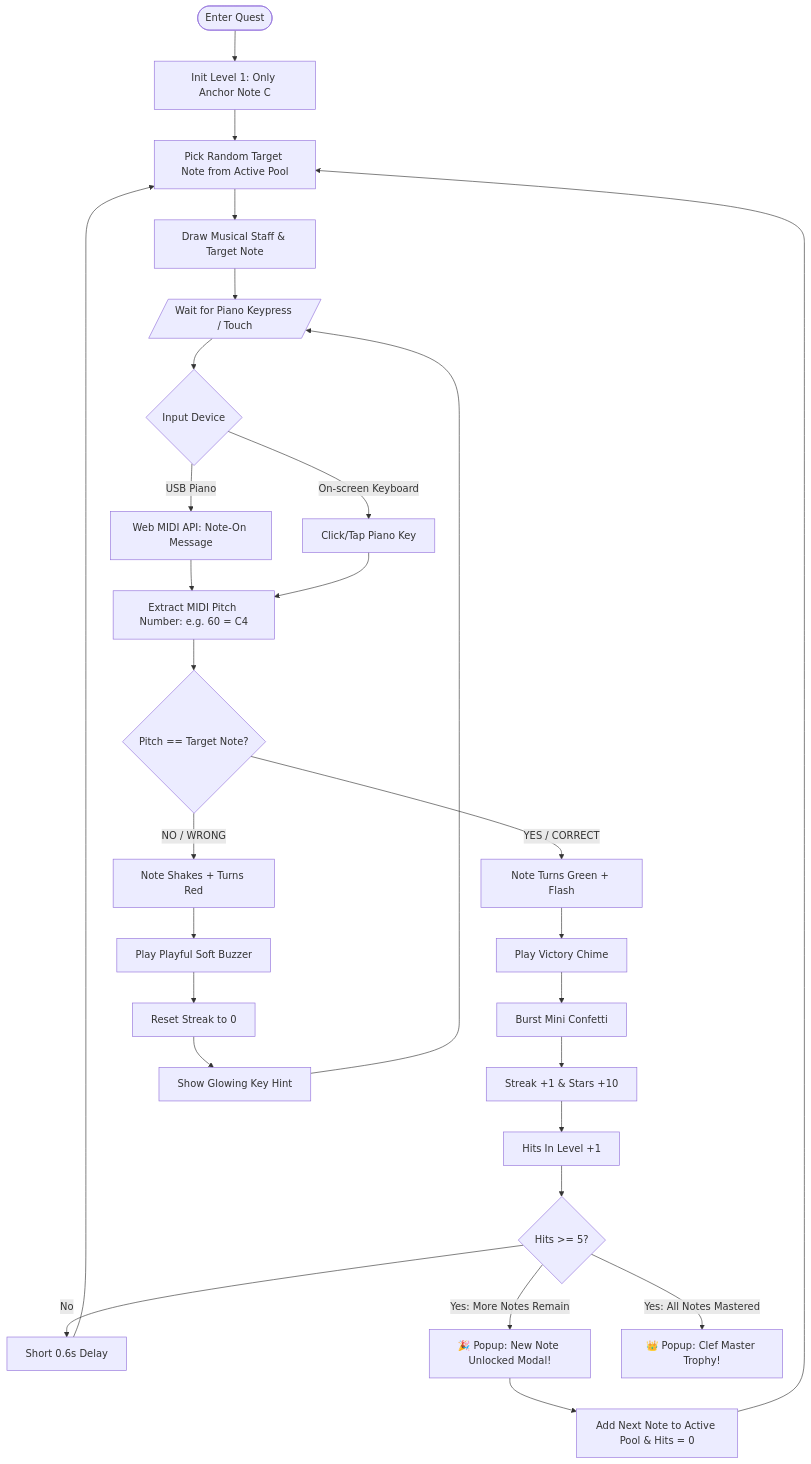
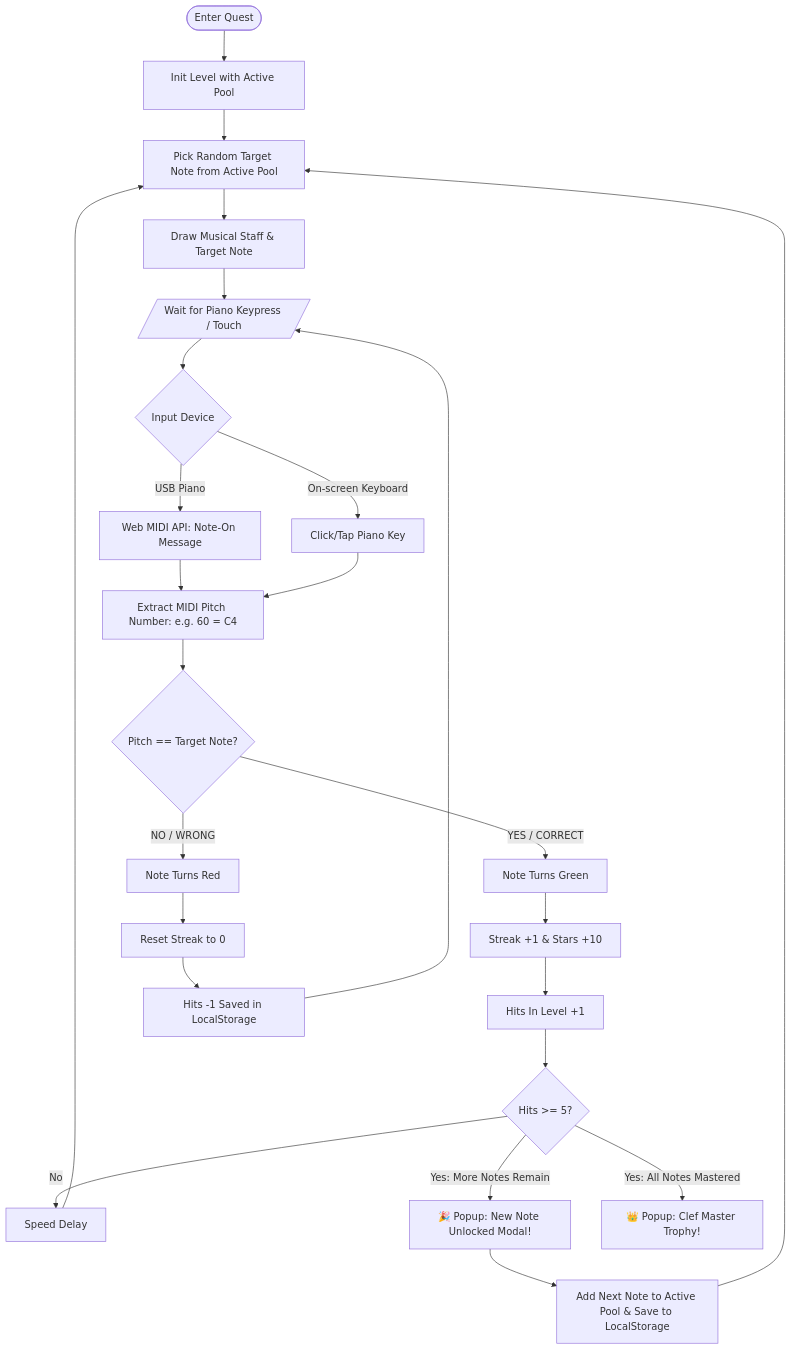
Before and after one commit to AxelS27/sheet-reader: the second of 3 diagrams in FLOWCHART.md, drawn with Mermaid. The commit also changed other lines of this file and 3 other files, not shown here.

Commit message:
feat: add 3D isometric quest roadmap page inspired by Beelingua

````diff
--- a/FLOWCHART.md
+++ b/FLOWCHART.md
@@ -45,40 +51,37 @@
 ```mermaid
 flowchart TD
-    EnterArena([Enter Quest]) --> InitLevel[Init Level 1: Only Anchor Note C]
+    EnterArena([Enter Quest]) --> InitLevel[Init Level with Active Pool]
     InitLevel --> RandomTarget[Pick Random Target Note from Active Pool]
     
     RandomTarget --> RenderStaff[Draw Musical Staff & Target Note]
     RenderStaff --> AwaitInput[/Wait for Piano Keypress / Touch/]
 
     AwaitInput --> InputSource{Input Device}
     InputSource -->|USB Piano| MidiMsg[Web MIDI API: Note-On Message]
     InputSource -->|On-screen Keyboard| ClickKey[Click/Tap Piano Key]
 
     MidiMsg --> ExtractPitch[Extract MIDI Pitch Number: e.g. 60 = C4]
     ClickKey --> ExtractPitch
 
     ExtractPitch --> Compare{Pitch == Target Note?}
 
     %% CORRECT PATH
-    Compare -->|YES / CORRECT| CorrectEffect[Note Turns Green + Flash]
-    CorrectEffect --> SuccessSound[Play Victory Chime]
-    SuccessSound --> Confetti[Burst Mini Confetti]
-    Confetti --> AddStreak[Streak +1 & Stars +10]
+    Compare -->|YES / CORRECT| CorrectEffect[Note Turns Green]
+    CorrectEffect --> AddStreak[Streak +1 & Stars +10]
     AddStreak --> AddHit[Hits In Level +1]
     
     AddHit --> CheckLevelUp{Hits >= 5?}
-    CheckLevelUp -->|No| DelayNext[Short 0.6s Delay] --> RandomTarget
+    CheckLevelUp -->|No| DelayNext[Speed Delay] --> RandomTarget
     
     CheckLevelUp -->|Yes: More Notes Remain| LevelUpModal[🎉 Popup: New Note Unlocked Modal!]
-    LevelUpModal --> AddNoteToPool[Add Next Note to Active Pool & Hits = 0]
+    LevelUpModal --> AddNoteToPool[Add Next Note to Active Pool & Save to LocalStorage]
     AddNoteToPool --> RandomTarget
 
     CheckLevelUp -->|Yes: All Notes Mastered| ClefMasterModal[👑 Popup: Clef Master Trophy!]
 
     %% WRONG PATH
-    Compare -->|NO / WRONG| WrongEffect[Note Shakes + Turns Red]
-    WrongEffect --> BuzzerSound[Play Playful Soft Buzzer]
-    BuzzerSound --> ResetStreak[Reset Streak to 0]
-    ResetStreak --> OptionalHint[Show Glowing Key Hint]
-    OptionalHint --> AwaitInput
+    Compare -->|NO / WRONG| WrongEffect[Note Turns Red]
+    WrongEffect --> ResetStreak[Reset Streak to 0]
+    ResetStreak --> Punishment[Hits -1 Saved in LocalStorage]
+    Punishment --> AwaitInput
 ```
````
